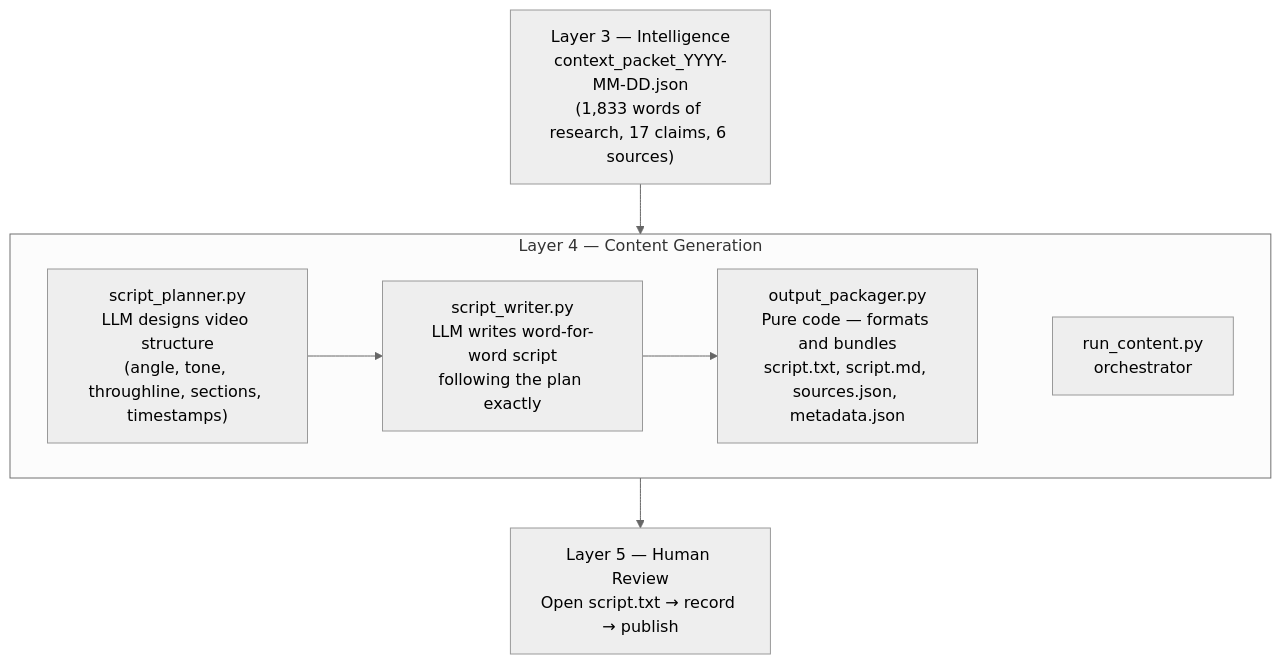
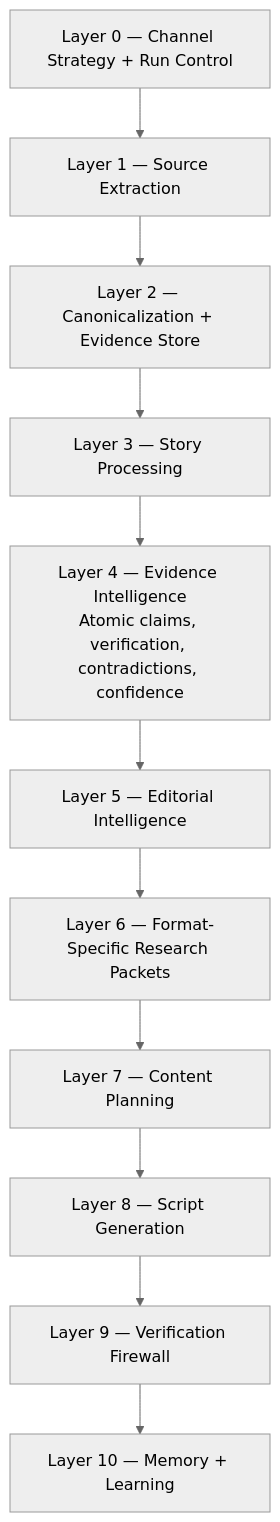
The first of 2 diagrams in docs/system_design_docs/layer_4.md (Eswar021/ai-news-pipeline), drawn with Mermaid (neutral theme) before and after one commit. The commit also changed other lines of this file and 19 other files, not shown here.

Commit message:
new architecture design docs added

````diff
--- a/docs/system_design_docs/layer_4.md
+++ b/docs/system_design_docs/layer_4.md
@@ -31,18 +134,16 @@
 ```mermaid
 flowchart TB
-    L3["Layer 3 — Intelligence\ncontext_packet_YYYY-MM-DD.json\n(1,833 words of research, 17 claims, 6 sources)"]
+    L0["Layer 0 — Channel Strategy + Run Control"]
+    L1["Layer 1 — Source Extraction"]
+    L2["Layer 2 — Canonicalization + Evidence Store"]
+    L3["Layer 3 — Story Processing"]
+    L4["Layer 4 — Evidence Intelligence<br/>Atomic claims, verification, contradictions, confidence"]
+    L5["Layer 5 — Editorial Intelligence"]
+    L6["Layer 6 — Format-Specific Research Packets"]
+    L7["Layer 7 — Content Planning"]
+    L8["Layer 8 — Script Generation"]
+    L9["Layer 9 — Verification Firewall"]
+    L10["Layer 10 — Memory + Learning"]
 
-    subgraph L4["Layer 4 — Content Generation"]
-        SP["script_planner.py\nLLM designs video structure\n(angle, tone, throughline, sections, timestamps)"]
-        SW["script_writer.py\nLLM writes word-for-word script\nfollowing the plan exactly"]
-        OP["output_packager.py\nPure code — formats and bundles\nscript.txt, script.md, sources.json, metadata.json"]
-        RC["run_content.py\norchestrator"]
-        SP --> SW --> OP
-        OP ~~~ RC
-    end
-
-    L5["Layer 5 — Human Review\nOpen script.txt → record → publish"]
-
-    L3 --> L4
-    L4 --> L5
+    L0 --> L1 --> L2 --> L3 --> L4 --> L5 --> L6 --> L7 --> L8 --> L9 --> L10
 ```
````
